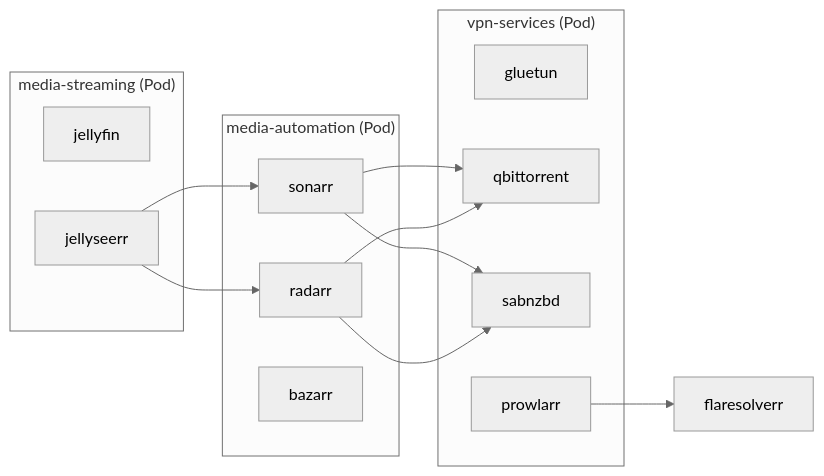
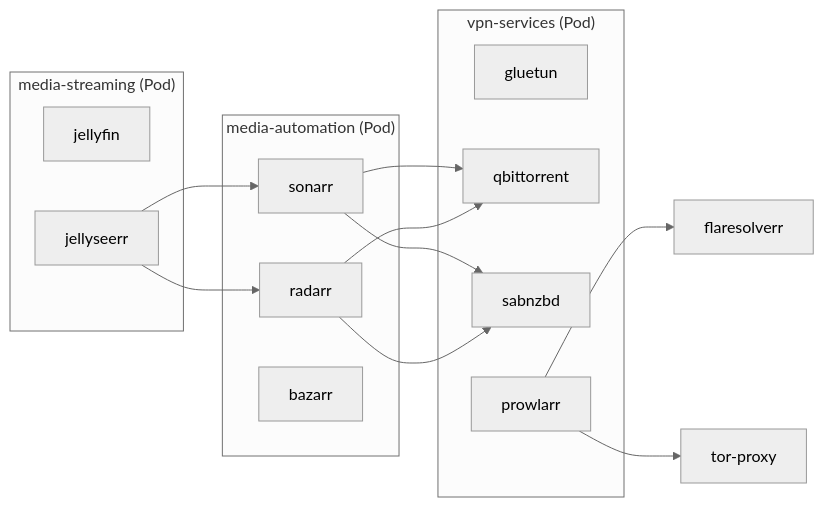
The diagram in QUADLET.md (dannyfranca/home-stream-server), drawn with Mermaid (neutral theme) before and after one commit. The commit also changed other lines of this file and 1 other file, not shown here.

Commit message:
feat: Add Tor proxy service to Quadlet setup and update documentation to include its configuration and Prowlarr integration.

````diff
--- a/QUADLET.md
+++ b/QUADLET.md
@@ -7,27 +7,29 @@
 ```mermaid
 graph LR
     subgraph vpn["vpn-services (Pod)"]
         G[gluetun]
         Q[qbittorrent]
         SAB[sabnzbd]
         P[prowlarr]
     end
     subgraph auto["media-automation (Pod)"]
         S[sonarr]
         R[radarr]
         B[bazarr]
     end
     subgraph stream["media-streaming (Pod)"]
         J[jellyfin]
         JS[jellyseerr]
     end
     F[flaresolverr]
+    T[tor-proxy]
     
     P --> F
+    P --> T
     S --> Q
     S --> SAB
     R --> Q
     R --> SAB
     JS --> S
     JS --> R
 ```
````
